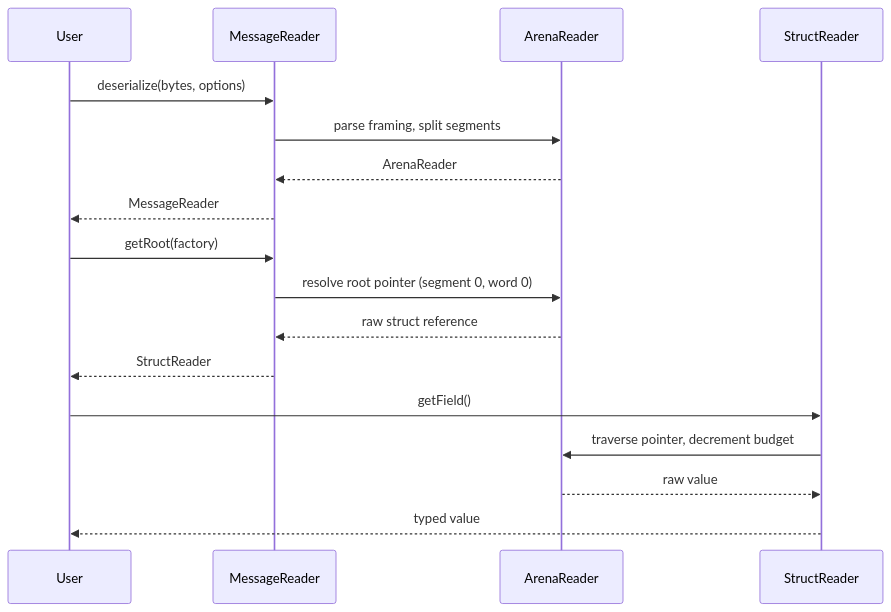
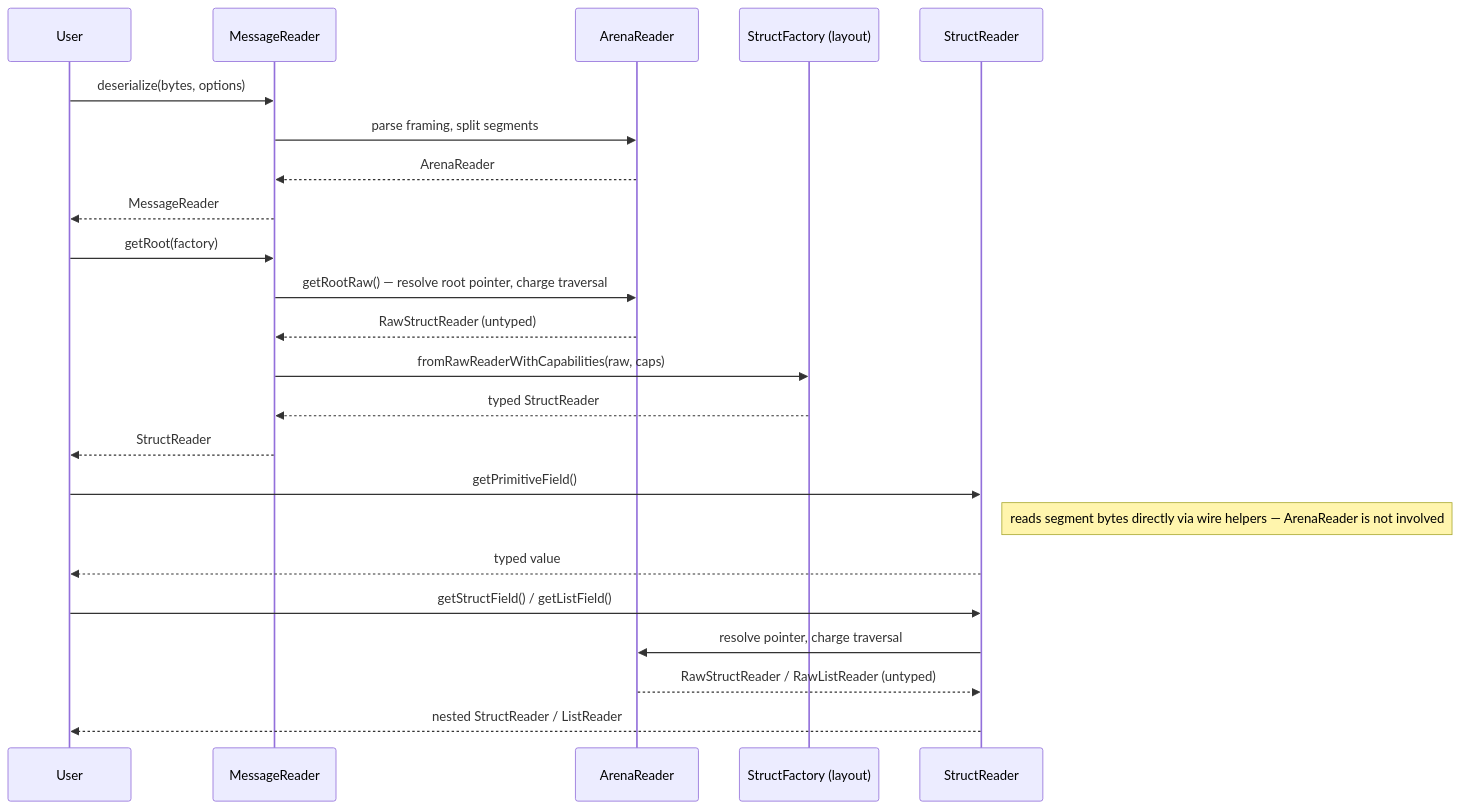
The third of 5 diagrams in docs/internal-design.md (AngryMane/capnproto-dart), drawn with Mermaid before and after one commit. The commit also changed other lines of this file, not shown here.

Commit message:
chore: update document

````diff
--- a/docs/internal-design.md
+++ b/docs/internal-design.md
@@ -110,22 +113,29 @@
 ```mermaid
 sequenceDiagram
     participant User
     participant MessageReader
     participant ArenaReader
+    participant StructFactory as StructFactory (layout)
     participant StructReader
 
     User->>MessageReader: deserialize(bytes, options)
     MessageReader->>ArenaReader: parse framing, split segments
     ArenaReader-->>MessageReader: ArenaReader
     MessageReader-->>User: MessageReader
 
     User->>MessageReader: getRoot(factory)
-    MessageReader->>ArenaReader: resolve root pointer (segment 0, word 0)
-    ArenaReader-->>MessageReader: raw struct reference
+    MessageReader->>ArenaReader: getRootRaw() — resolve root pointer, charge traversal
+    ArenaReader-->>MessageReader: RawStructReader (untyped)
+    MessageReader->>StructFactory: fromRawReaderWithCapabilities(raw, caps)
+    StructFactory-->>MessageReader: typed StructReader
     MessageReader-->>User: StructReader
 
-    User->>StructReader: getField()
-    StructReader->>ArenaReader: traverse pointer, decrement budget
-    ArenaReader-->>StructReader: raw value
+    User->>StructReader: getPrimitiveField()
+    Note right of StructReader: reads segment bytes directly via wire helpers — ArenaReader is not involved
     StructReader-->>User: typed value
+
+    User->>StructReader: getStructField() / getListField()
+    StructReader->>ArenaReader: resolve pointer, charge traversal
+    ArenaReader-->>StructReader: RawStructReader / RawListReader (untyped)
+    StructReader-->>User: nested StructReader / ListReader
 ```
````
